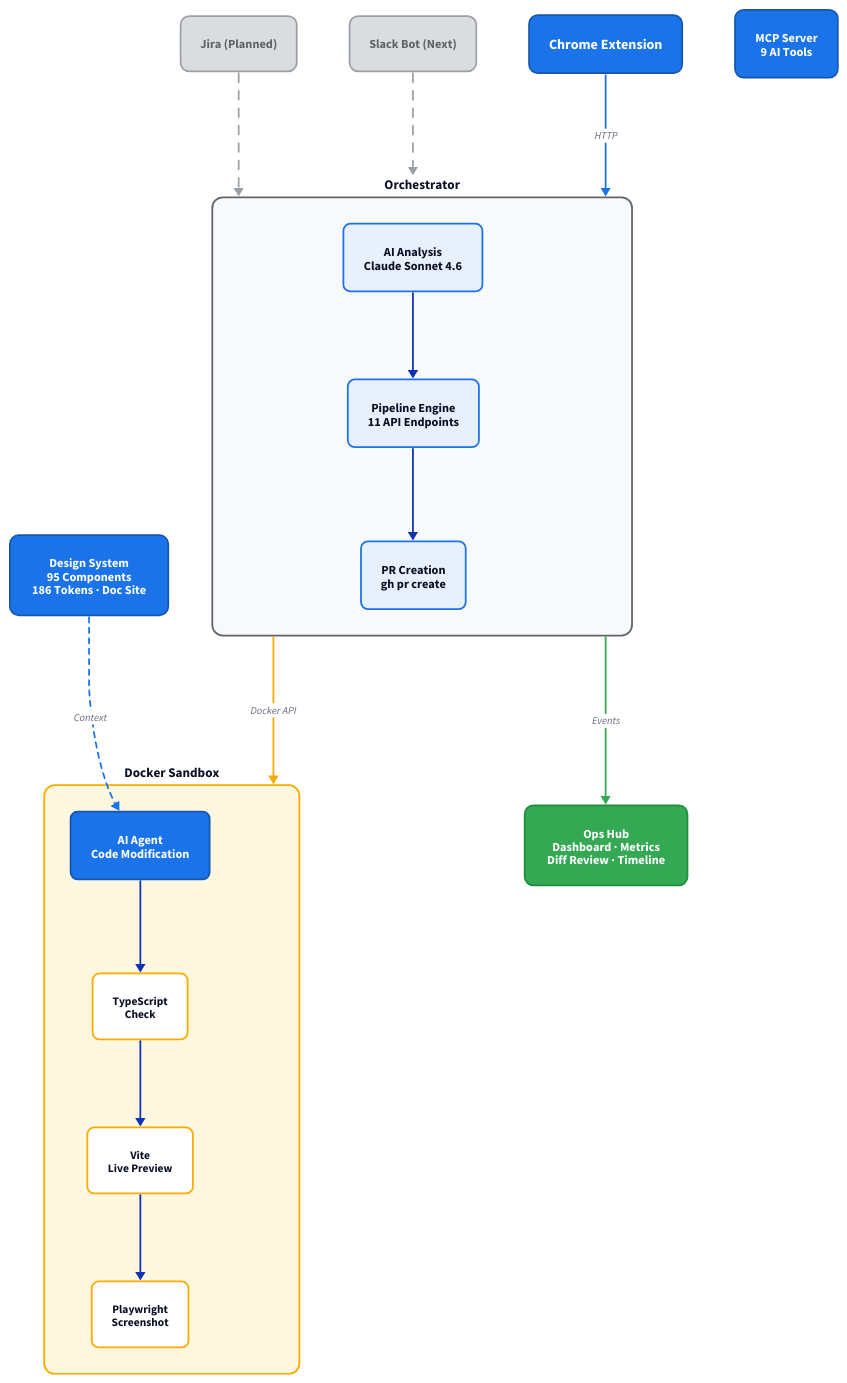
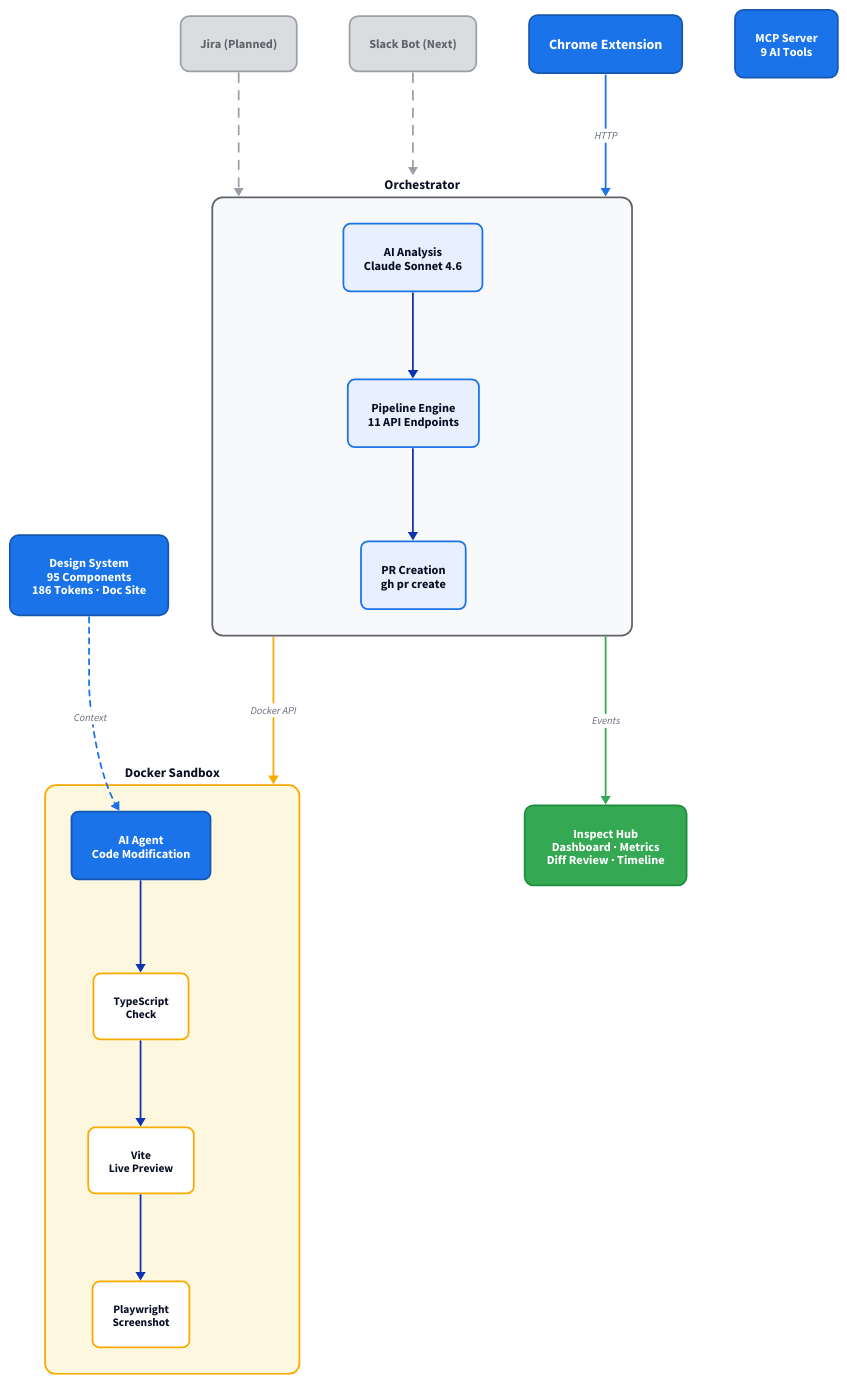
The diagram in docs/images/02-architecture.d2 (kyungjaeha-moloco/moloco-inspect), drawn with D2 before and after one commit. The commit also changed 7 other files, not shown here.

First line of the commit message:
rename: Moloco Ops Hub → Inspect Hub

```diff
--- a/docs/images/02-architecture.d2
+++ b/docs/images/02-architecture.d2
@@ -1,132 +1,132 @@
 direction: down
 
 # ─── Entry Points ───
 chrome: "Chrome Extension" {
   style: {
     fill: "#1a73e8"
     stroke: "#1557b0"
     font-color: "#ffffff"
     border-radius: 10
     font-size: 16
     bold: true
   }
 }
 slack: "Slack Bot (Next)" {
   style: {
     fill: "#dadce0"
     stroke: "#9aa0a6"
     font-color: "#5f6368"
     border-radius: 10
     font-size: 14
   }
 }
 jira: "Jira (Planned)" {
   style: {
     fill: "#dadce0"
     stroke: "#9aa0a6"
     font-color: "#5f6368"
     border-radius: 10
     font-size: 14
   }
 }
 
 # ─── Orchestrator ───
 orchestrator: "Orchestrator" {
   style: {
     fill: "#f8f9fa"
     stroke: "#5f6368"
     border-radius: 12
     font-size: 15
     bold: true
   }
 
   analysis: "AI Analysis\nClaude Sonnet 4.6" {
     style: { fill: "#e8f0fe"; stroke: "#1a73e8"; border-radius: 8; font-size: 14 }
   }
   pipeline: "Pipeline Engine\n11 API Endpoints" {
     style: { fill: "#e8f0fe"; stroke: "#1a73e8"; border-radius: 8; font-size: 14 }
   }
   pr: "PR Creation\ngh pr create" {
     style: { fill: "#e8f0fe"; stroke: "#1a73e8"; border-radius: 8; font-size: 14 }
   }
 
   analysis -> pipeline -> pr
 }
 
 # ─── Sandbox ───
 sandbox: "Docker Sandbox" {
   style: {
     fill: "#fef7e0"
     stroke: "#f9ab00"
     border-radius: 12
     font-size: 15
     bold: true
   }
 
   agent: "AI Agent\nCode Modification" {
     style: { fill: "#1a73e8"; stroke: "#1557b0"; font-color: "#ffffff"; border-radius: 8; font-size: 14; bold: true }
   }
   typecheck: "TypeScript\nCheck" {
     style: { fill: "#ffffff"; stroke: "#f9ab00"; border-radius: 8; font-size: 13 }
   }
   preview: "Vite\nLive Preview" {
     style: { fill: "#ffffff"; stroke: "#f9ab00"; border-radius: 8; font-size: 13 }
   }
   screenshot: "Playwright\nScreenshot" {
     style: { fill: "#ffffff"; stroke: "#f9ab00"; border-radius: 8; font-size: 13 }
   }
 
   agent -> typecheck -> preview -> screenshot
 }
 
 # ─── Data Layer ───
-ops: "Ops Hub\nDashboard · Metrics\nDiff Review · Timeline" {
+ops: "Inspect Hub\nDashboard · Metrics\nDiff Review · Timeline" {
   style: {
     fill: "#34a853"
     stroke: "#1e8e3e"
     font-color: "#ffffff"
     border-radius: 10
     font-size: 14
     bold: true
   }
 }
 ds: "Design System\n95 Components\n186 Tokens · Doc Site" {
   style: {
     fill: "#1a73e8"
     stroke: "#1557b0"
     font-color: "#ffffff"
     border-radius: 10
     font-size: 14
     bold: true
   }
 }
 mcp: "MCP Server\n9 AI Tools" {
   style: {
     fill: "#1a73e8"
     stroke: "#1557b0"
     font-color: "#ffffff"
     border-radius: 10
     font-size: 14
     bold: true
   }
 }
 
 # ─── Connections ───
 chrome -> orchestrator: "HTTP" {
   style: { stroke: "#1a73e8"; font-size: 12 }
 }
 slack -> orchestrator: {
   style: { stroke-dash: 5; stroke: "#9aa0a6" }
 }
 jira -> orchestrator: {
   style: { stroke-dash: 5; stroke: "#9aa0a6" }
 }
 orchestrator -> sandbox: "Docker API" {
   style: { stroke: "#f9ab00"; font-size: 12 }
 }
 ds -> sandbox.agent: "Context" {
   style: { stroke: "#1a73e8"; font-size: 12; stroke-dash: 3 }
 }
 orchestrator -> ops: "Events" {
   style: { stroke: "#34a853"; font-size: 12 }
 }
```
